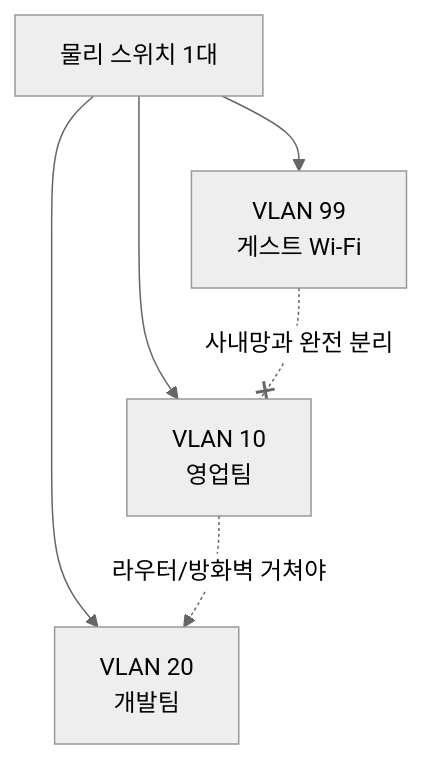
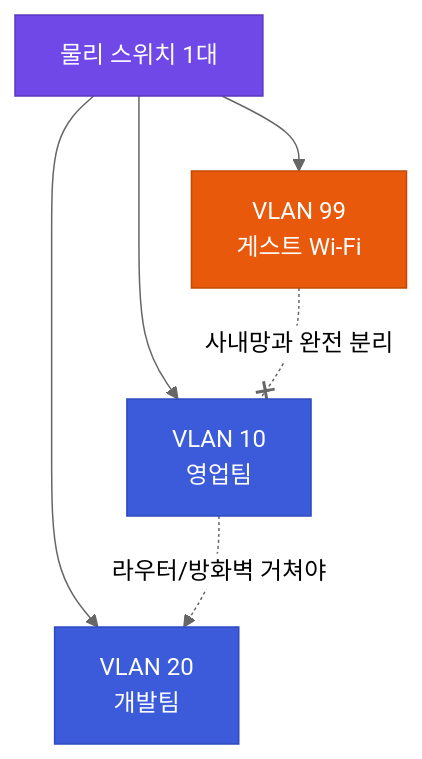
Before and after one commit to welovecherry/jm-teaching-material: the first of 2 diagrams in 26-09-ai-security-automation-bootcamp/05-instructor-prep/docs/subject-2-network-zt/day02/lecture2.md, drawn with Mermaid (neutral theme). The commit also changed other lines of this file and 7 other files, not shown here.

First line of the commit message:
feat: Mermaid 컬러화(역할별 색) + 다이어그램 5개 추가 + 어려운 퀴즈 3종 데모

````diff
--- a/26-09-ai-security-automation-bootcamp/05-instructor-prep/docs/subject-2-network-zt/day02/lecture2.md
+++ b/26-09-ai-security-automation-bootcamp/05-instructor-prep/docs/subject-2-network-zt/day02/lecture2.md
@@ -80,8 +80,14 @@
 ```mermaid
 flowchart TD
     SW[물리 스위치 1대] --> V10[VLAN 10<br/>영업팀]
     SW --> V20[VLAN 20<br/>개발팀]
     SW --> V99[VLAN 99<br/>게스트 Wi-Fi]
     V10 -. 라우터/방화벽 거쳐야 .-> V20
     V99 -. 사내망과 완전 분리 .-x V10
+    classDef sw fill:#7048e8,stroke:#5a37c0,color:#fff
+    classDef in fill:#3b5bdb,stroke:#2f4bc0,color:#fff
+    classDef guest fill:#e8590c,stroke:#c24906,color:#fff
+    class SW sw
+    class V10,V20 in
+    class V99 guest
 ```
````
